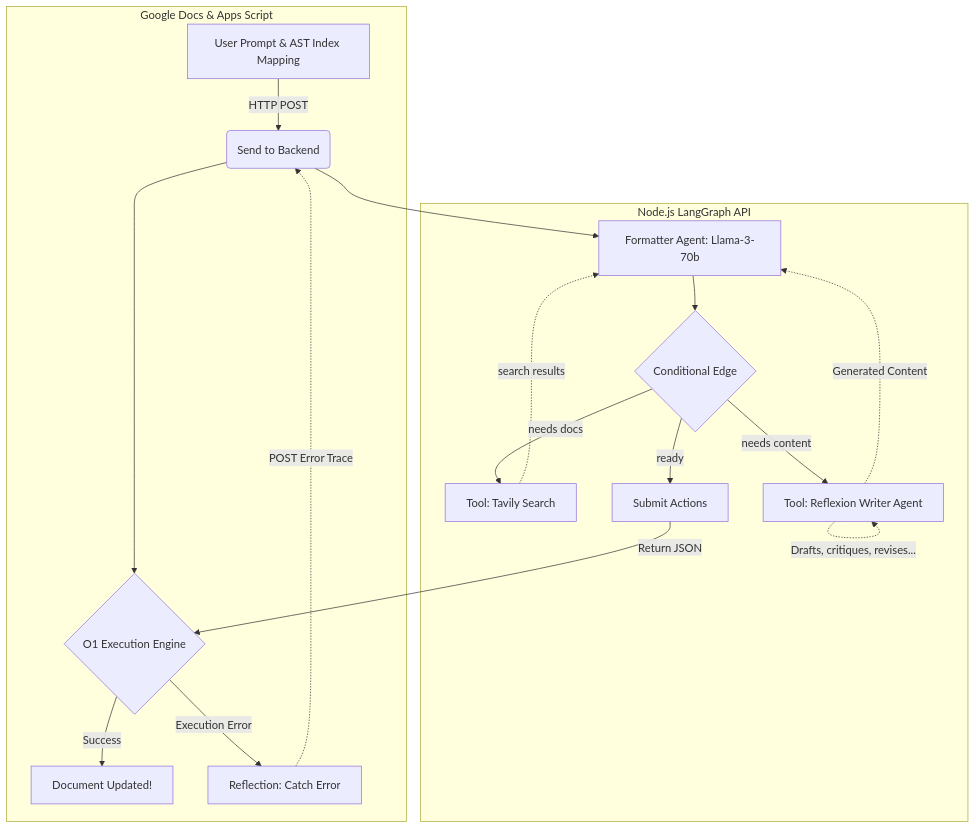
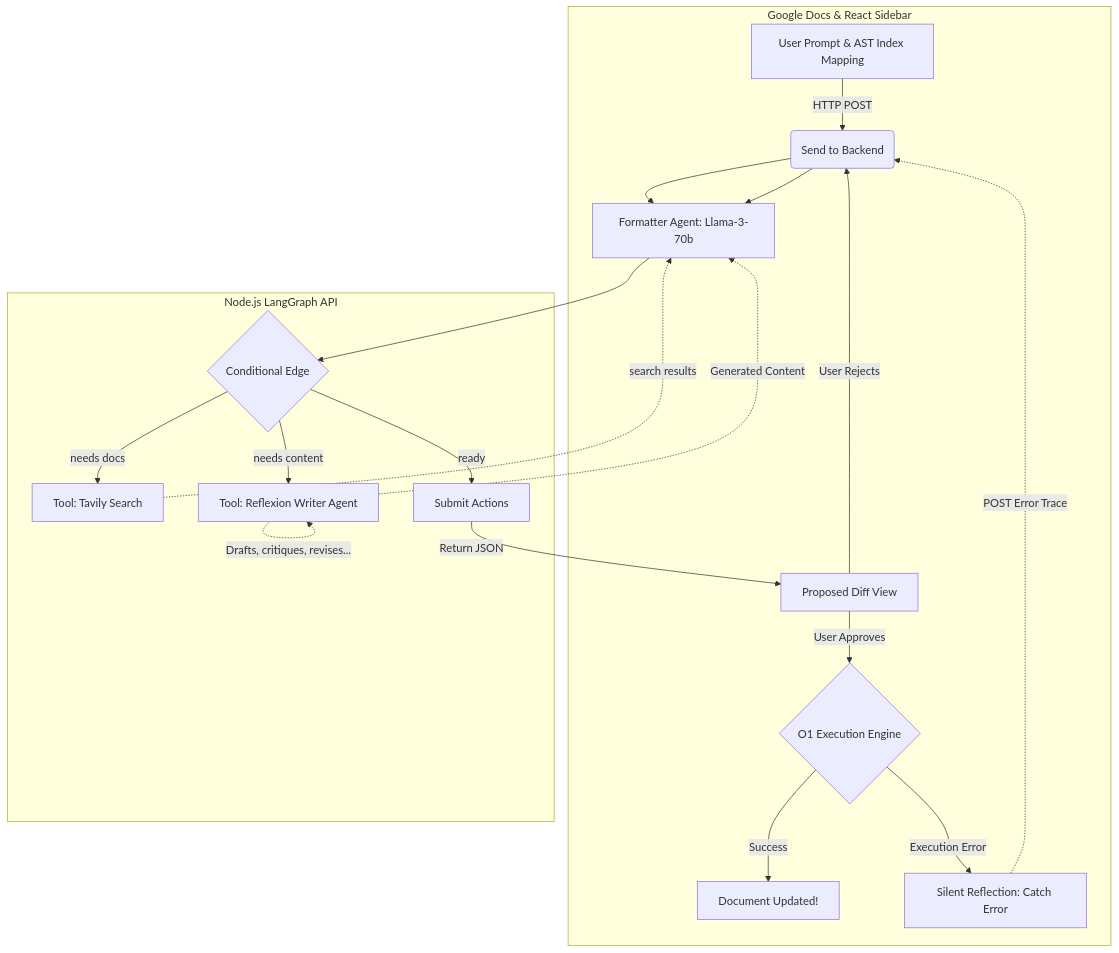
One commit to ritwik-pandey/DocSupport changed the first of 2 diagrams in README.md. Above: the diagram before and after it, drawn with Mermaid. The commit also changed other lines of this file and 22 other files, not shown here.

Commit message:
Add sidebar and manual approval of user

````diff
--- a/README.md
+++ b/README.md
@@ -17,30 +19,32 @@
 ```mermaid
 graph TD
-    subgraph Frontend [Google Docs & Apps Script]
+    subgraph Frontend [Google Docs & React Sidebar]
         A[User Prompt & AST Index Mapping] -->|HTTP POST| B(Send to Backend)
-        B --> C{O1 Execution Engine}
+        B --> F
+        I[Proposed Diff View] -->|User Approves| C{O1 Execution Engine}
+        I -->|User Rejects| B
         C -->|Success| D[Document Updated!]
-        C -->|Execution Error| E[Reflection: Catch Error]
+        C -->|Execution Error| E[Silent Reflection: Catch Error]
         E -.->|POST Error Trace| B
     end
 
     subgraph Backend [Node.js LangGraph API]
         F[Formatter Agent: Llama-3-70b]
         G{Conditional Edge}
         H[Tool: Tavily Search]
         W[Tool: Reflexion Writer Agent]
         
         B --> F
         F --> G
         
         G -->|needs docs| H
         H -.->|search results| F
 
         G -->|needs content| W
         W -.->|Drafts, critiques, revises...| W
         W -.->|Generated Content| F
         
-        G -->|ready| I[Submit Actions]
-        I -->|Return JSON| C
+        G -->|ready| I_Action[Submit Actions]
+        I_Action -->|Return JSON| I
     end
 ```
````
